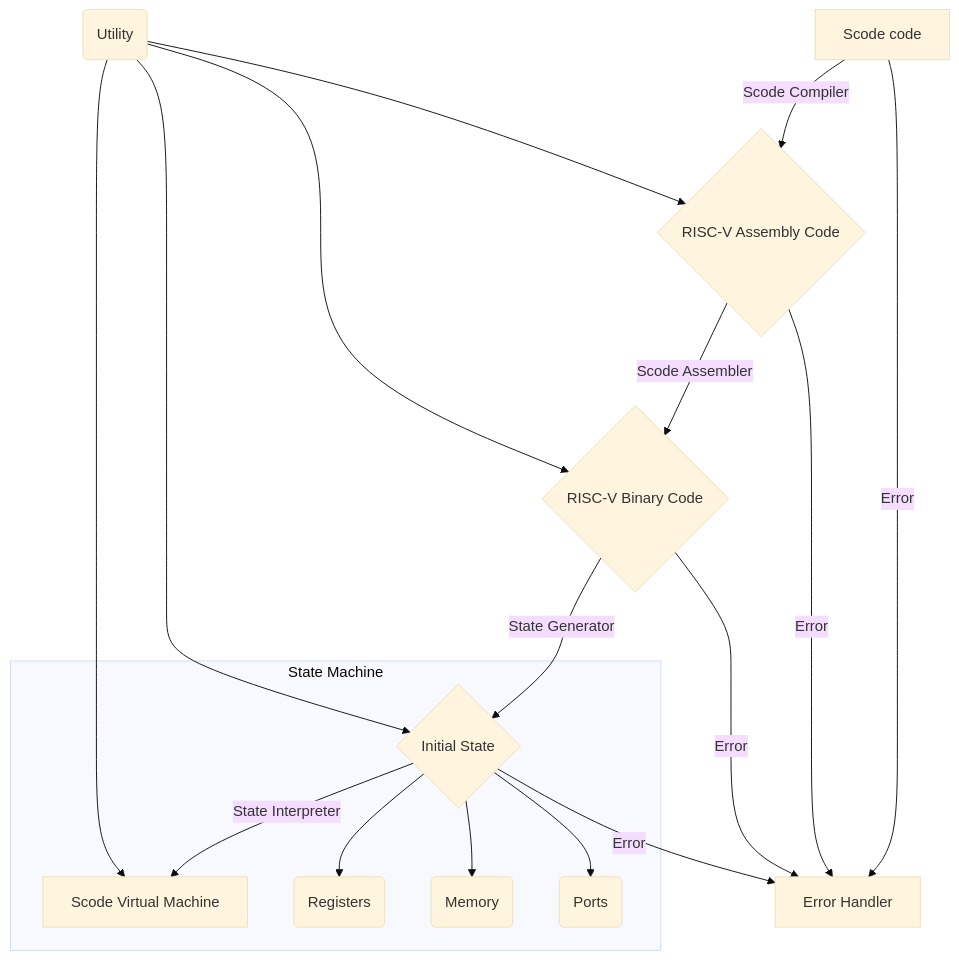
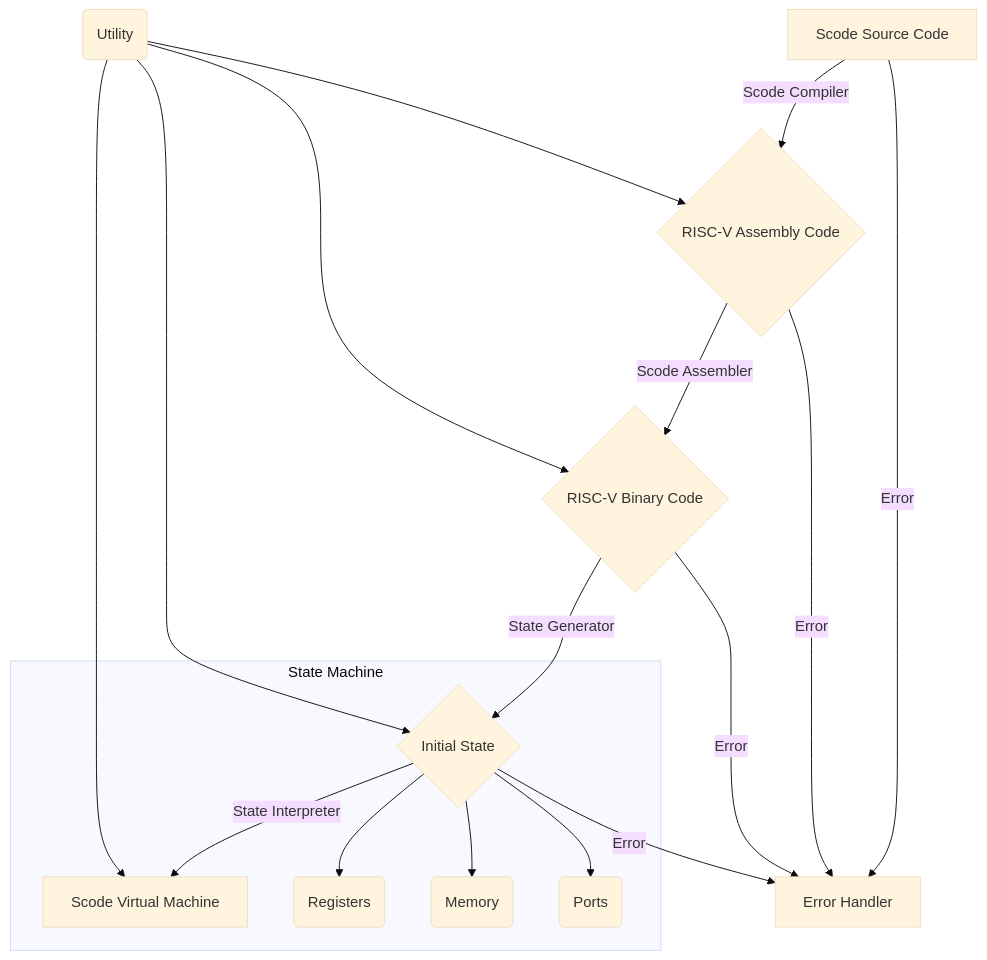
One commit to Xiaobai2-2022/scode changed the diagram in README.md. Above: the diagram before and after it, drawn with Mermaid (base theme).

````diff
--- a/README.md
+++ b/README.md
@@ -4,21 +4,21 @@
 ```mermaid
 flowchart TB
 
-    A[Scode code]-->|Scode Compiler| B{RISC-V Assembly Code}
+    A[Scode Source Code]-->|Scode Compiler| B{RISC-V Assembly Code}
     J(Utility)-->B
     A-->|Error| D
     B-->|Scode Assembler| C{RISC-V Binary Code}
     J-->C
     B-->|Error| D[Error Handler]
     C-->|State Generator| E{Initial State}
     J(Utility)-->E
     C-->|Error| D
     subgraph State Machine
         E-->|State Interpreter| F[Scode Virtual Machine]
         E-->G(Registers)
         E-->H(Memory)
         E-->I(Ports)
     end
     J-->F
     E-->|Error| D
 ```
````
